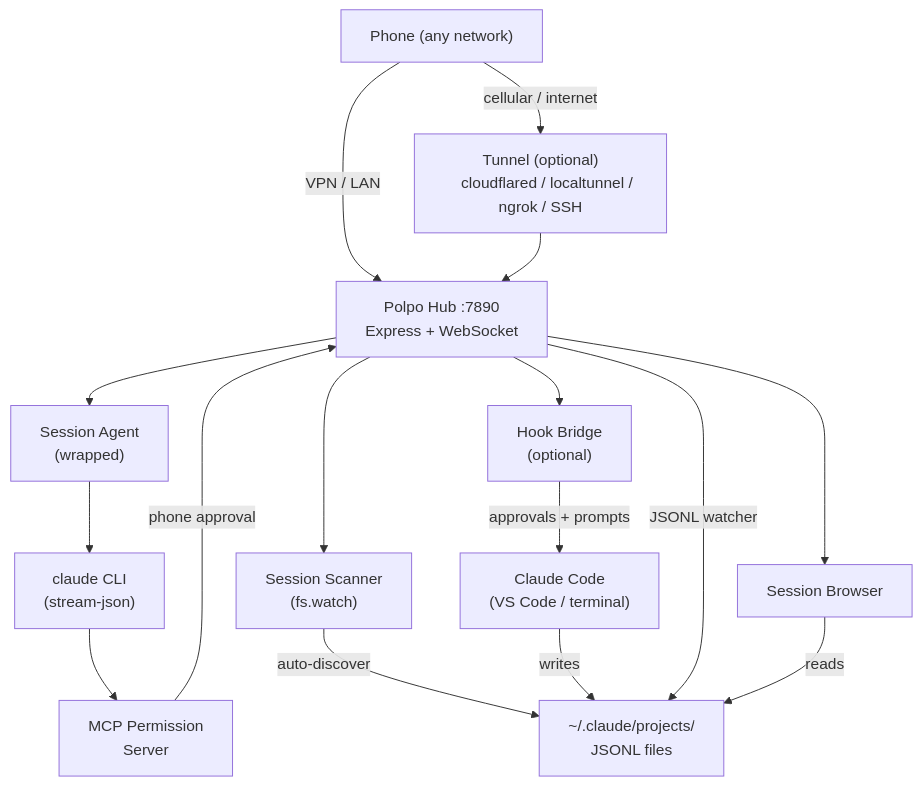
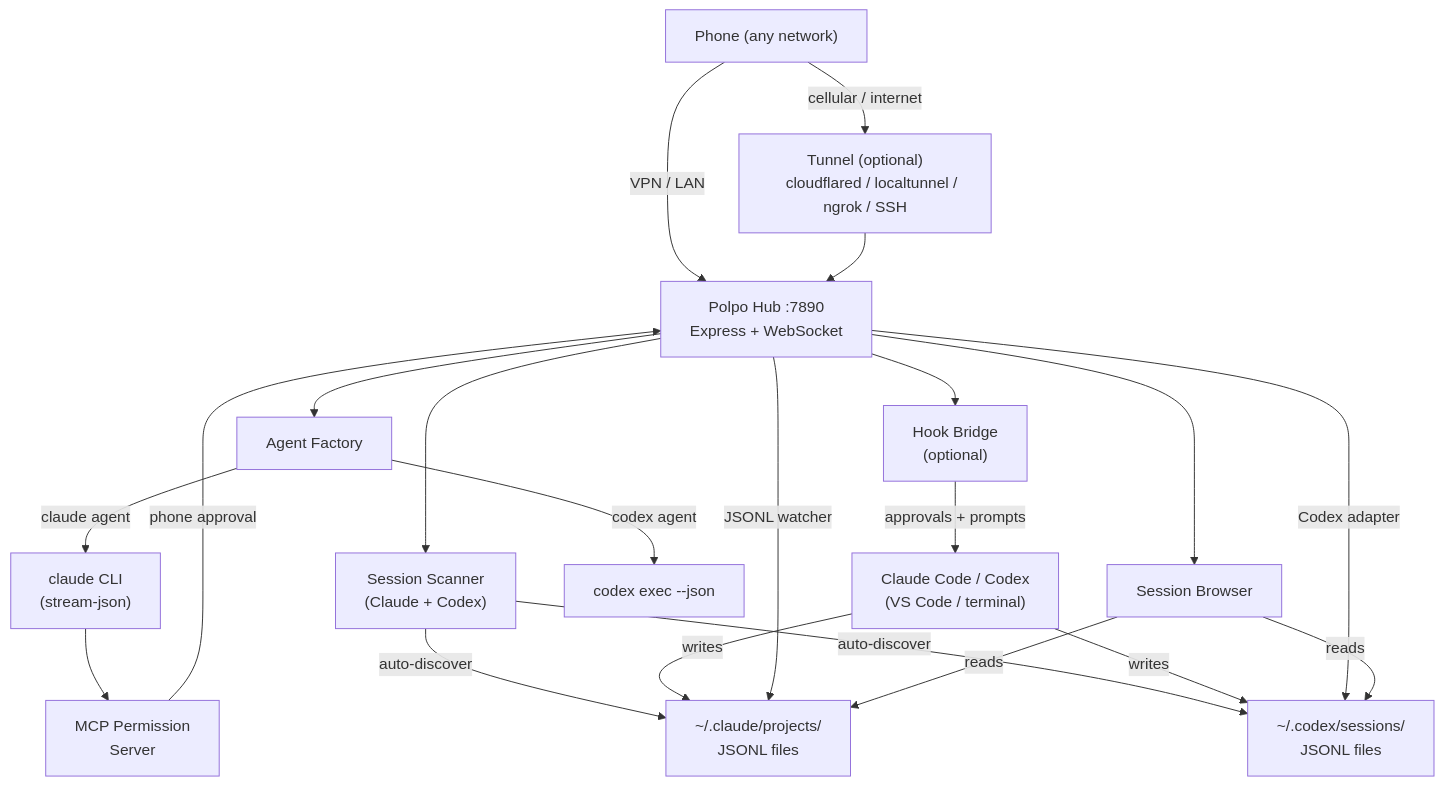
One commit to pugliatechs/polpo changed the diagram in README.md. Above: the diagram before and after it, drawn with Mermaid. The commit also changed other lines of this file and 18 other files, not shown here.

````diff
--- a/README.md
+++ b/README.md
@@ -340,39 +372,46 @@
 ```mermaid
 graph TD
     Phone["Phone (any network)"]
     Tunnel["Tunnel (optional)
     cloudflared / localtunnel / ngrok / SSH"]
     Hub["Polpo Hub :7890
     Express + WebSocket"]
-    Session["Session Agent
-    (wrapped)"]
+    Factory["Agent Factory"]
     Scanner["Session Scanner
-    (fs.watch)"]
+    (Claude + Codex)"]
     Hooks["Hook Bridge
     (optional)"]
     Browser["Session Browser"]
     Claude["claude CLI
     (stream-json)"]
-    VSCode["Claude Code
+    Codex["codex exec --json"]
+    VSCode["Claude Code / Codex
     (VS Code / terminal)"]
     MCP["MCP Permission
     Server"]
-    JSONL["~/.claude/projects/
+    ClaudeJSONL["~/.claude/projects/
+    JSONL files"]
+    CodexJSONL["~/.codex/sessions/
     JSONL files"]
 
     Phone -->|"cellular / internet"| Tunnel
     Phone -->|"VPN / LAN"| Hub
     Tunnel --> Hub
-    Hub --> Session
+    Hub --> Factory
     Hub --> Scanner
     Hub --> Hooks
     Hub --> Browser
-    Session --> Claude
-    Scanner -->|"auto-discover"| JSONL
+    Factory -->|"claude agent"| Claude
+    Factory -->|"codex agent"| Codex
+    Scanner -->|"auto-discover"| ClaudeJSONL
+    Scanner -->|"auto-discover"| CodexJSONL
     Hooks -->|"approvals + prompts"| VSCode
-    VSCode -->|"writes"| JSONL
-    Hub -->|"JSONL watcher"| JSONL
+    VSCode -->|"writes"| ClaudeJSONL
+    VSCode -->|"writes"| CodexJSONL
+    Hub -->|"JSONL watcher"| ClaudeJSONL
+    Hub -->|"Codex adapter"| CodexJSONL
     Claude --> MCP
     MCP -->|"phone approval"| Hub
-    Browser -->|"reads"| JSONL
+    Browser -->|"reads"| ClaudeJSONL
+    Browser -->|"reads"| CodexJSONL
 ```
````
